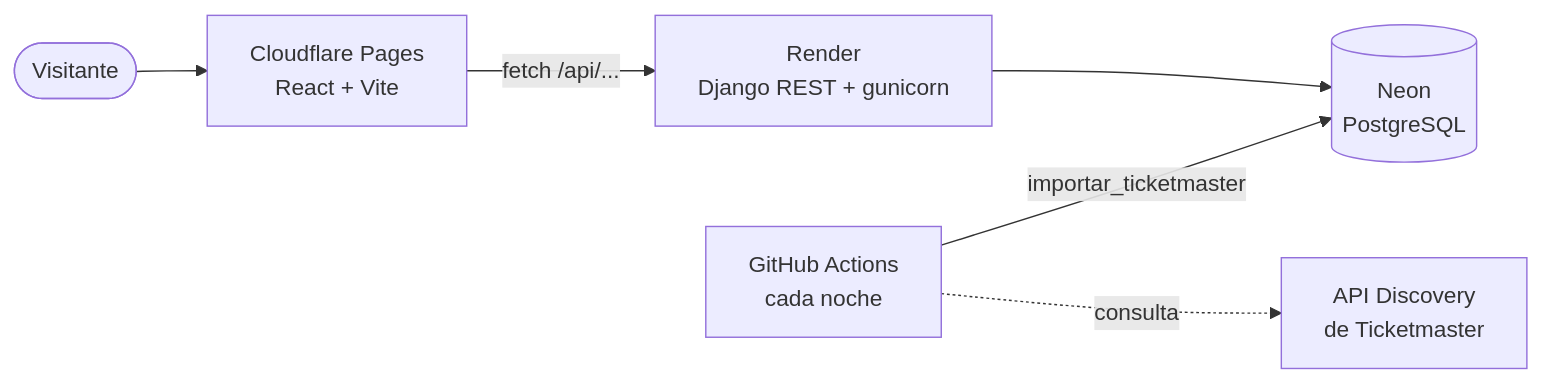
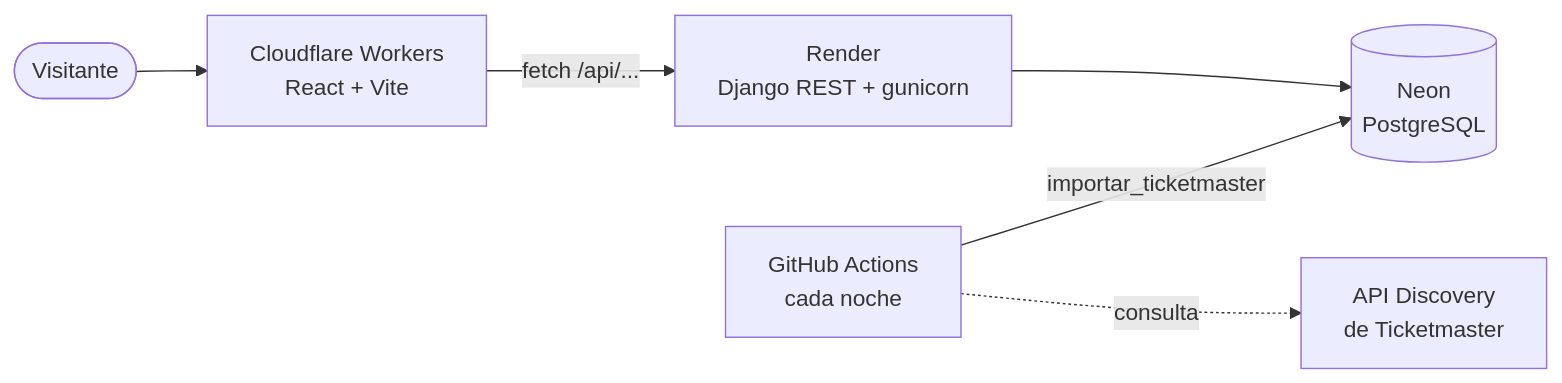
The diagram in README.md (runo06/Quien-Toca), drawn with Mermaid before and after one commit. The commit also changed other lines of this file and 4 other files, not shown here.

First line of the commit message:
Frontend en Cloudflare Workers

````diff
--- a/README.md
+++ b/README.md
@@ -18,8 +18,8 @@
 ```mermaid
 flowchart LR
-    V([Visitante]) --> CF["Cloudflare Pages<br/>React + Vite"]
+    V([Visitante]) --> CF["Cloudflare Workers<br/>React + Vite"]
     CF -- "fetch /api/..." --> R["Render<br/>Django REST + gunicorn"]
     R --> N[("Neon<br/>PostgreSQL")]
     GA["GitHub Actions<br/>cada noche"] -- importar_ticketmaster --> N
     GA -. consulta .-> TM["API Discovery<br/>de Ticketmaster"]
 ```
````
